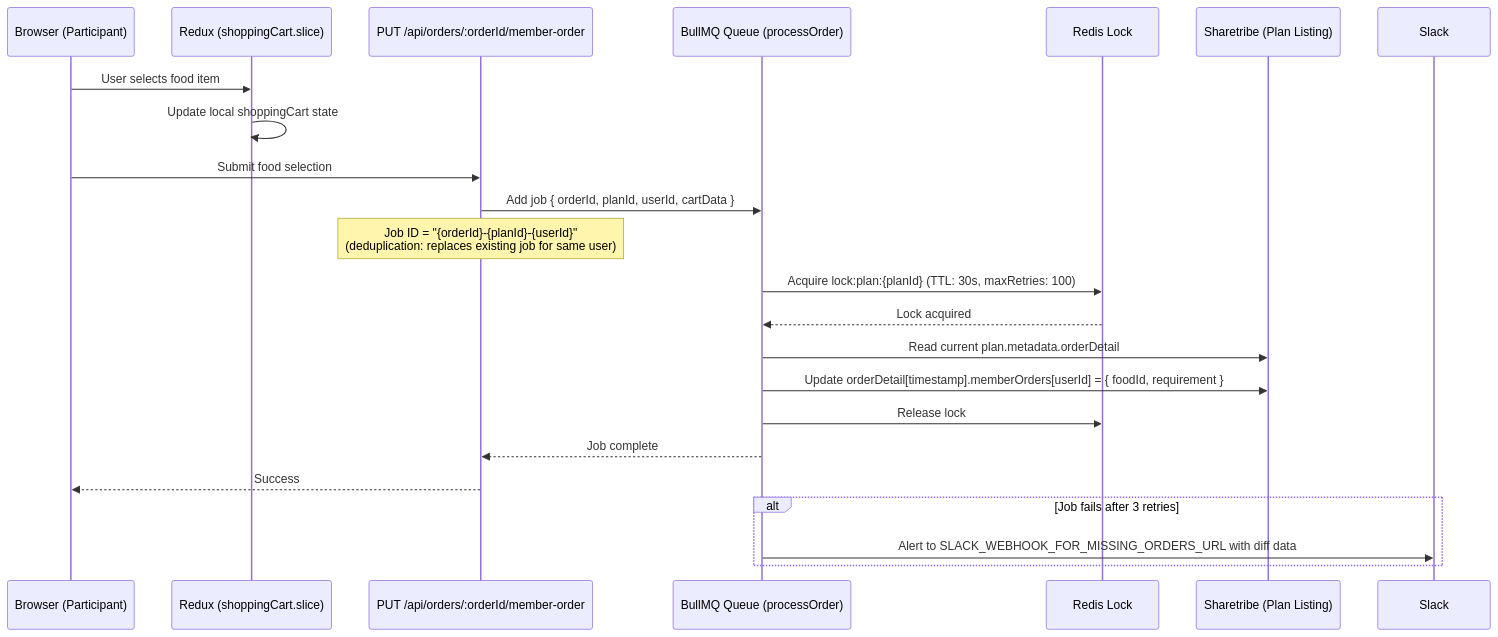
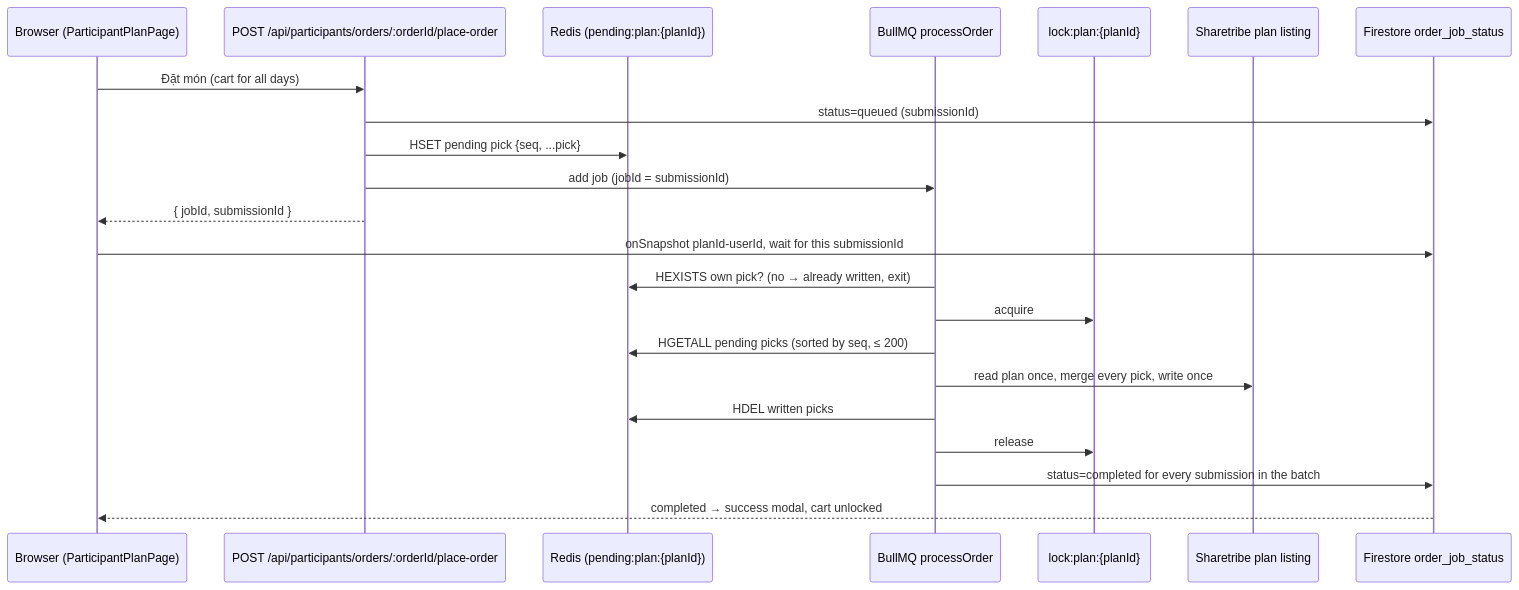
Before and after one commit to haonguyenpito/pito-cloud-canteen: the diagram in docs/roles/participant/food-selection.md, drawn with Mermaid. The commit also changed other lines of this file and 86 other files, not shown here.

Commit message:
feat(order): lock all plan orderDetail writes and queue participant orders (#350)

````diff
--- a/docs/roles/participant/food-selection.md
+++ b/docs/roles/participant/food-selection.md
@@ -11,27 +15,25 @@
 ```mermaid
 sequenceDiagram
-    participant Browser as Browser (Participant)
-    participant Redux as Redux (shoppingCart.slice)
-    participant API as PUT /api/orders/:orderId/member-order
-    participant Queue as BullMQ Queue (processOrder)
-    participant Lock as Redis Lock
-    participant Sharetribe as Sharetribe (Plan Listing)
-    participant Slack
+    participant UI as Browser (ParticipantPlanPage)
+    participant API as POST /api/participants/orders/:orderId/place-order
+    participant Redis as Redis (pending:plan:{planId})
+    participant Queue as BullMQ processOrder
+    participant Lock as lock:plan:{planId}
+    participant ST as Sharetribe plan listing
+    participant FS as Firestore order_job_status
 
-    Browser->>Redux: User selects food item
-    Redux->>Redux: Update local shoppingCart state
-    Browser->>API: Submit food selection
-    API->>Queue: Add job { orderId, planId, userId, cartData }
-    Note over API: Job ID = "{orderId}-{planId}-{userId}"<br/>(deduplication: replaces existing job for same user)
-    Queue->>Lock: Acquire lock:plan:{planId} (TTL: 30s, maxRetries: 100)
-    Lock-->>Queue: Lock acquired
-    Queue->>Sharetribe: Read current plan.metadata.orderDetail
-    Queue->>Sharetribe: Update orderDetail[timestamp].memberOrders[userId] = { foodId, requirement }
-    Queue->>Lock: Release lock
-    Queue-->>API: Job complete
-    API-->>Browser: Success
-
-    alt Job fails after 3 retries
-        Queue->>Slack: Alert to SLACK_WEBHOOK_FOR_MISSING_ORDERS_URL with diff data
-    end
+    UI->>API: Đặt món (cart for all days)
+    API->>FS: status=queued (submissionId)
+    API->>Redis: HSET pending pick {seq, ...pick}
+    API->>Queue: add job (jobId = submissionId)
+    API-->>UI: { jobId, submissionId }
+    UI->>FS: onSnapshot planId-userId, wait for this submissionId
+    Queue->>Redis: HEXISTS own pick? (no → already written, exit)
+    Queue->>Lock: acquire
+    Queue->>Redis: HGETALL pending picks (sorted by seq, ≤ 200)
+    Queue->>ST: read plan once, merge every pick, write once
+    Queue->>Redis: HDEL written picks
+    Queue->>Lock: release
+    Queue->>FS: status=completed for every submission in the batch
+    FS-->>UI: completed → success modal, cart unlocked
 ```
````
